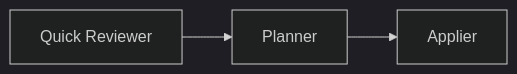
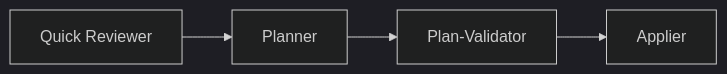
Before and after one commit to mechanai/deepreview: the second of 2 diagrams in README.md, drawn with Mermaid (dark theme). The commit also changed other lines of this file, not shown here.

First line of the commit message:
docs(readme): expand pipeline diagrams with named agents and plan-validator

````diff
--- a/README.md
+++ b/README.md
@@ -77,5 +102,6 @@
 ```mermaid
 graph LR
-    A[Quick Reviewer] --> D[Planner]
-    D --> E[Applier]
+    QR[Quick Reviewer] --> P[Planner]
+    P --> PV[Plan-Validator]
+    PV --> A[Applier]
 ```
````
